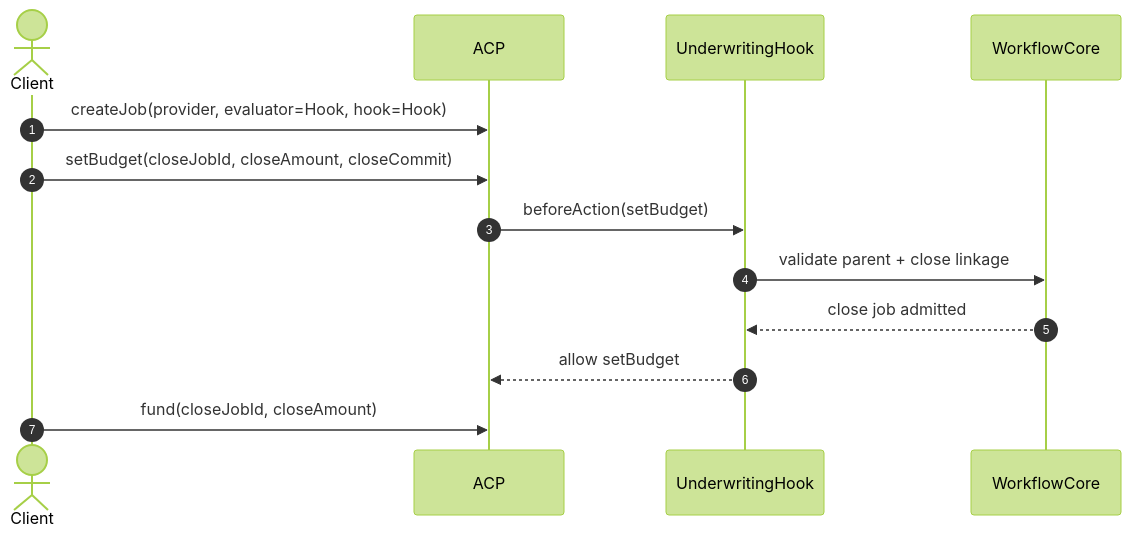
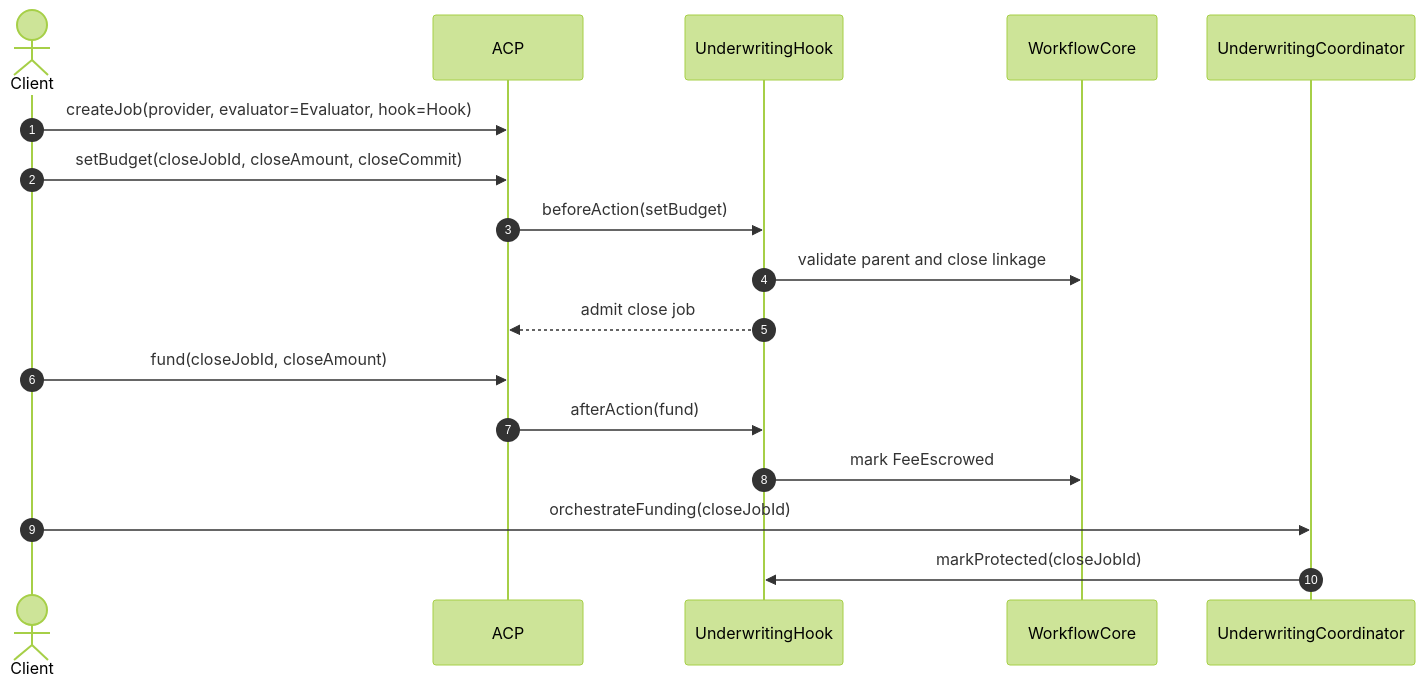
One commit to tsubasakong/hook-contracts changed the fifth of 6 diagrams in docs/underwriting-hook-example-sequence.md. Above: the diagram before and after it, drawn with Mermaid (forest theme). The commit also changed other lines of this file and 13 other files, not shown here.

````diff
--- a/docs/underwriting-hook-example-sequence.md
+++ b/docs/underwriting-hook-example-sequence.md
@@ -103,16 +116,20 @@
 ```mermaid
 sequenceDiagram
     autonumber
     actor Client
     participant ACP as ACP
     participant Hook as UnderwritingHook
     participant Flow as WorkflowCore
+    participant Coord as UnderwritingCoordinator
 
-    Client->>ACP: createJob(provider, evaluator=Hook, hook=Hook)
+    Client->>ACP: createJob(provider, evaluator=Evaluator, hook=Hook)
     Client->>ACP: setBudget(closeJobId, closeAmount, closeCommit)
     ACP->>Hook: beforeAction(setBudget)
-    Hook->>Flow: validate parent + close linkage
-    Flow-->>Hook: close job admitted
-    Hook-->>ACP: allow setBudget
+    Hook->>Flow: validate parent and close linkage
+    Hook-->>ACP: admit close job
     Client->>ACP: fund(closeJobId, closeAmount)
+    ACP->>Hook: afterAction(fund)
+    Hook->>Flow: mark FeeEscrowed
+    Client->>Coord: orchestrateFunding(closeJobId)
+    Coord->>Hook: markProtected(closeJobId)
 ```
````
